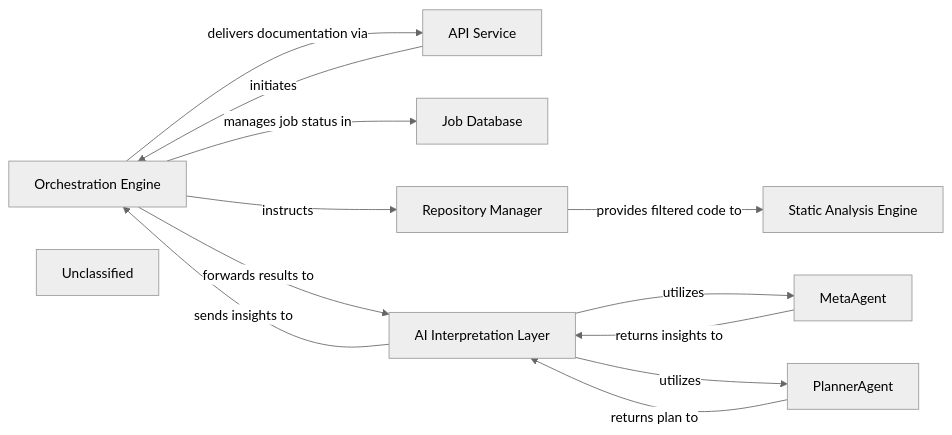
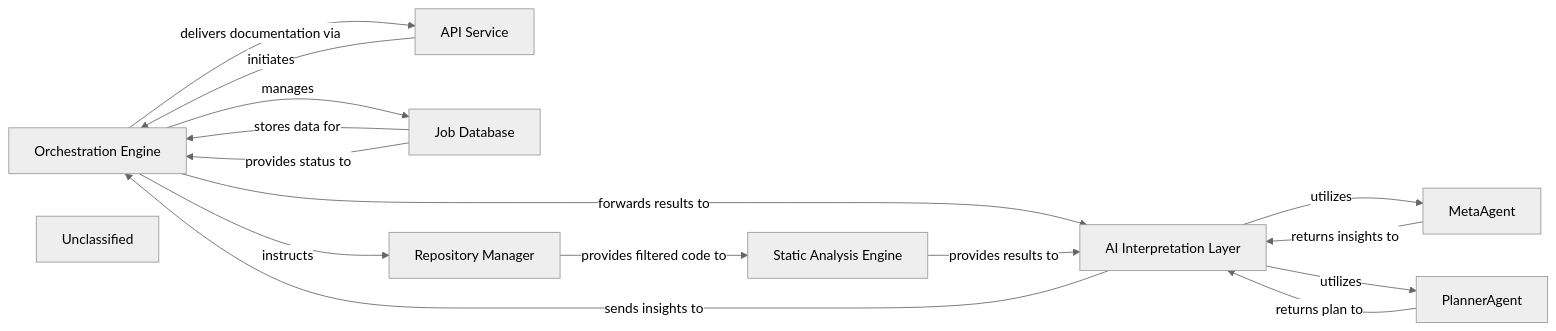
The diagram in .codeboarding/Orchestration_Engine.md (CodeBoarding/CodeBoarding), drawn with Mermaid (neutral theme) before and after one commit. The commit also changed other lines of this file and 17 other files, not shown here.

First line of the commit message:
docs: update codeboarding documentation and generate architecture

````diff
--- a/.codeboarding/Orchestration_Engine.md
+++ b/.codeboarding/Orchestration_Engine.md
@@ -1,25 +1,28 @@
 ```mermaid
 graph LR
     Orchestration_Engine["Orchestration Engine"]
     API_Service["API Service"]
     Job_Database["Job Database"]
     Repository_Manager["Repository Manager"]
     Static_Analysis_Engine["Static Analysis Engine"]
     AI_Interpretation_Layer["AI Interpretation Layer"]
     MetaAgent["MetaAgent"]
     PlannerAgent["PlannerAgent"]
     Unclassified["Unclassified"]
     API_Service -- "initiates" --> Orchestration_Engine
-    Orchestration_Engine -- "manages job status in" --> Job_Database
+    Orchestration_Engine -- "manages" --> Job_Database
     Orchestration_Engine -- "instructs" --> Repository_Manager
     Repository_Manager -- "provides filtered code to" --> Static_Analysis_Engine
     Orchestration_Engine -- "forwards results to" --> AI_Interpretation_Layer
     AI_Interpretation_Layer -- "utilizes" --> MetaAgent
     AI_Interpretation_Layer -- "utilizes" --> PlannerAgent
     MetaAgent -- "returns insights to" --> AI_Interpretation_Layer
     PlannerAgent -- "returns plan to" --> AI_Interpretation_Layer
     AI_Interpretation_Layer -- "sends insights to" --> Orchestration_Engine
     Orchestration_Engine -- "delivers documentation via" --> API_Service
+    Job_Database -- "stores data for" --> Orchestration_Engine
+    Job_Database -- "provides status to" --> Orchestration_Engine
+    Static_Analysis_Engine -- "provides results to" --> AI_Interpretation_Layer
     click Orchestration_Engine href "https://github.com/CodeBoarding/CodeBoarding/blob/main/.codeboarding/Orchestration_Engine.md" "Details"
     click Static_Analysis_Engine href "https://github.com/CodeBoarding/CodeBoarding/blob/main/.codeboarding/Static_Analysis_Engine.md" "Details"
 ```
````
